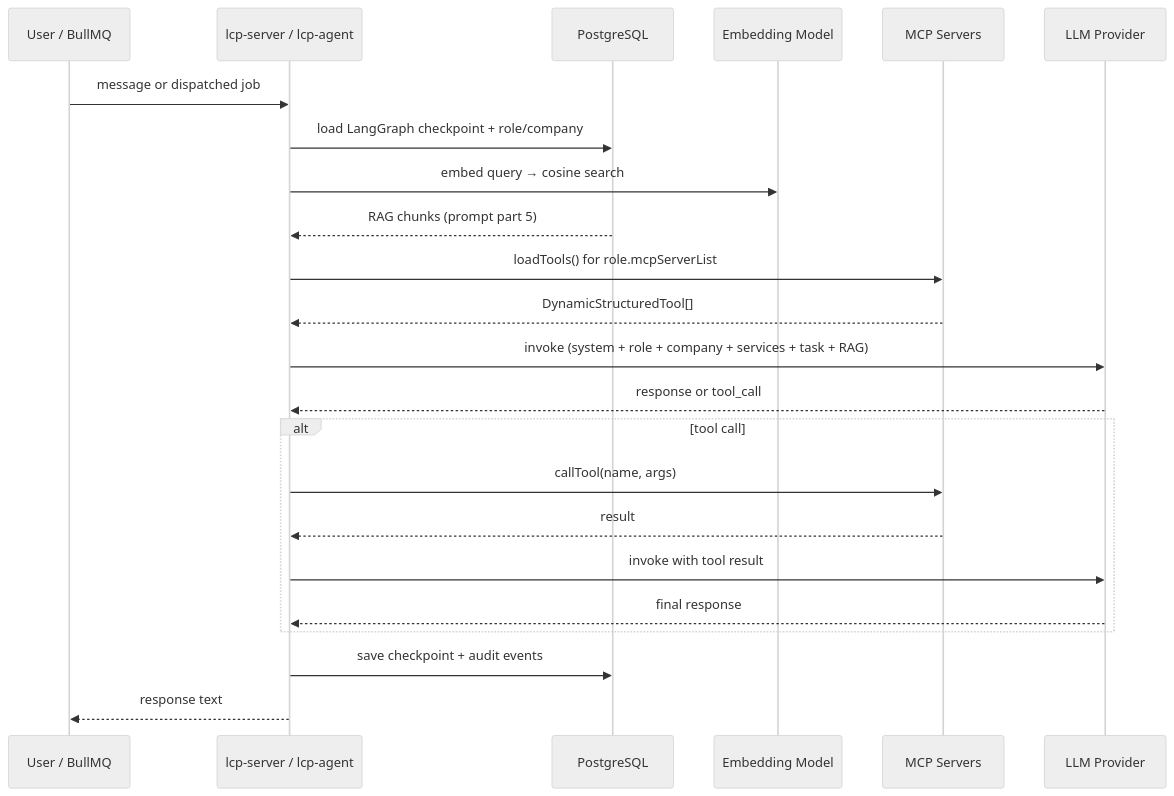
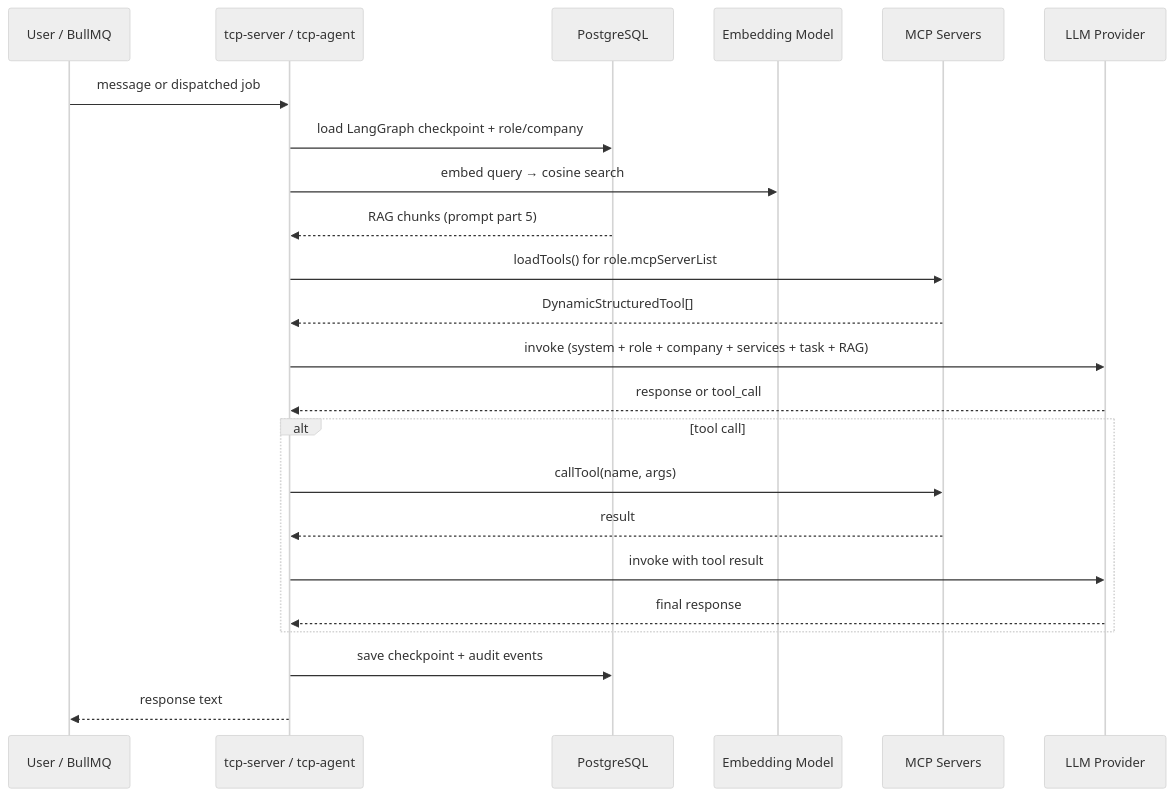
Before and after one commit to instantiator/tcp-server: the third of 4 diagrams in README.md, drawn with Mermaid (neutral theme). The commit also changed other lines of this file and 1129 other files, not shown here.

````diff
--- a/README.md
+++ b/README.md
@@ -214,26 +214,26 @@
 ```mermaid
 sequenceDiagram
   participant U as User / BullMQ
-  participant S as lcp-server / lcp-agent
+  participant S as tcp-server / tcp-agent
   participant DB as PostgreSQL
   participant E as Embedding Model
   participant MCP as MCP Servers
   participant LLM as LLM Provider
 
   U->>S: message or dispatched job
   S->>DB: load LangGraph checkpoint + role/company
   S->>E: embed query → cosine search
   DB-->>S: RAG chunks (prompt part 5)
   S->>MCP: loadTools() for role.mcpServerList
   MCP-->>S: DynamicStructuredTool[]
   S->>LLM: invoke (system + role + company + services + task + RAG)
   LLM-->>S: response or tool_call
   alt tool call
     S->>MCP: callTool(name, args)
     MCP-->>S: result
     S->>LLM: invoke with tool result
     LLM-->>S: final response
   end
   S->>DB: save checkpoint + audit events
   S-->>U: response text
 ```
````
